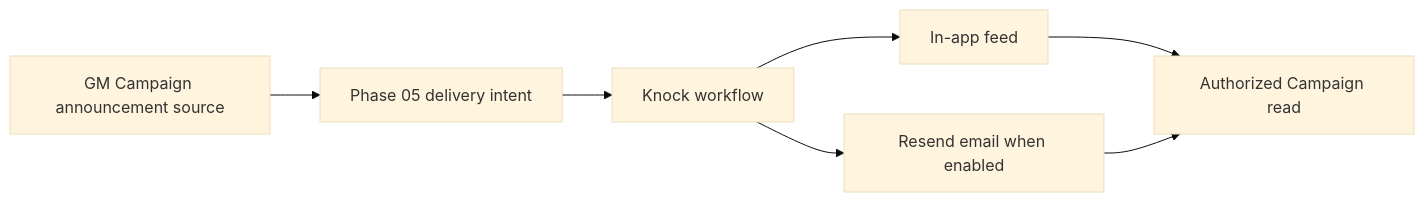
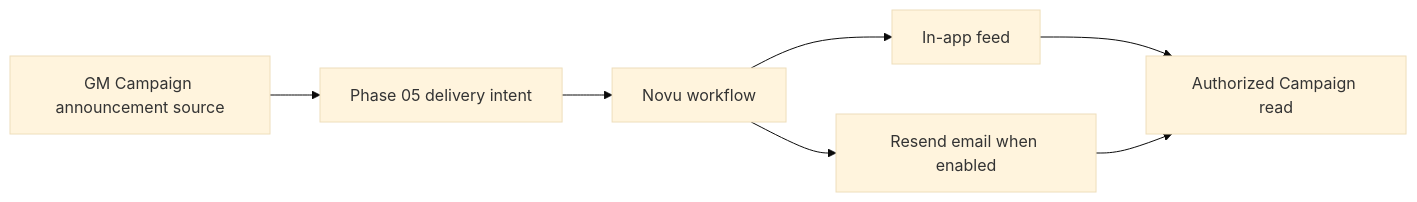
Before and after one commit to MPiland/artificer-toolkit: the first of 2 diagrams in docs/roadmap/06-live-campaign-play.md, drawn with Mermaid (base theme). The commit also changed other lines of this file and 306 other files, not shown here.

````diff
--- a/docs/roadmap/06-live-campaign-play.md
+++ b/docs/roadmap/06-live-campaign-play.md
@@ -44,9 +44,9 @@
 ```mermaid
 flowchart LR
   Announcement["GM Campaign announcement source"] --> Intent["Phase 05 delivery intent"]
-  Intent --> Knock["Knock workflow"]
-  Knock --> Inbox["In-app feed"]
-  Knock --> Email["Resend email when enabled"]
+  Intent --> Novu["Novu workflow"]
+  Novu --> Inbox["In-app feed"]
+  Novu --> Email["Resend email when enabled"]
   Inbox --> Read["Authorized Campaign read"]
   Email --> Read
 ```
````
